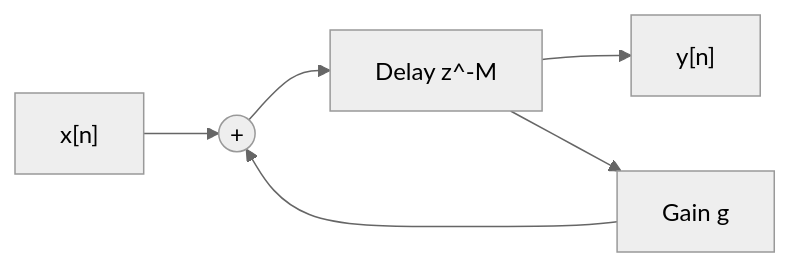
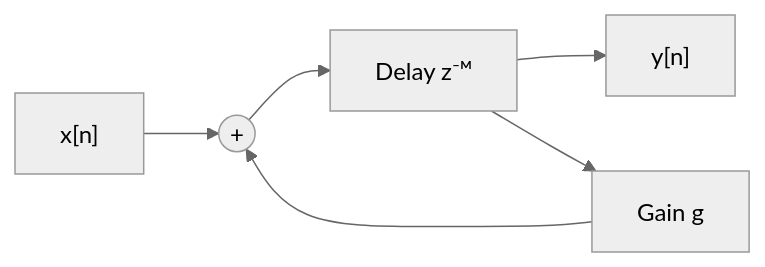
One commit to TheColby/verbx changed the third of 10 diagrams in README.md. Above: the diagram before and after it, drawn with Mermaid (neutral theme). The commit also changed other lines of this file and 19 other files, not shown here.

Commit message:
Improve user guide typography and diagrams

````diff
--- a/README.md
+++ b/README.md
@@ -1147,9 +1147,9 @@
 ```mermaid
 %% verbx-static: docs/assets/reverb_primer/03_feedback_comb_filter.png
 flowchart LR
     X["x[n]"] --> S(("+"))
-    S --> D["Delay z^-M"]
+    S --> D["Delay z⁻ᴹ"]
     D --> Y["y[n]"]
     D --> G["Gain g"]
     G --> S
 ```
````
